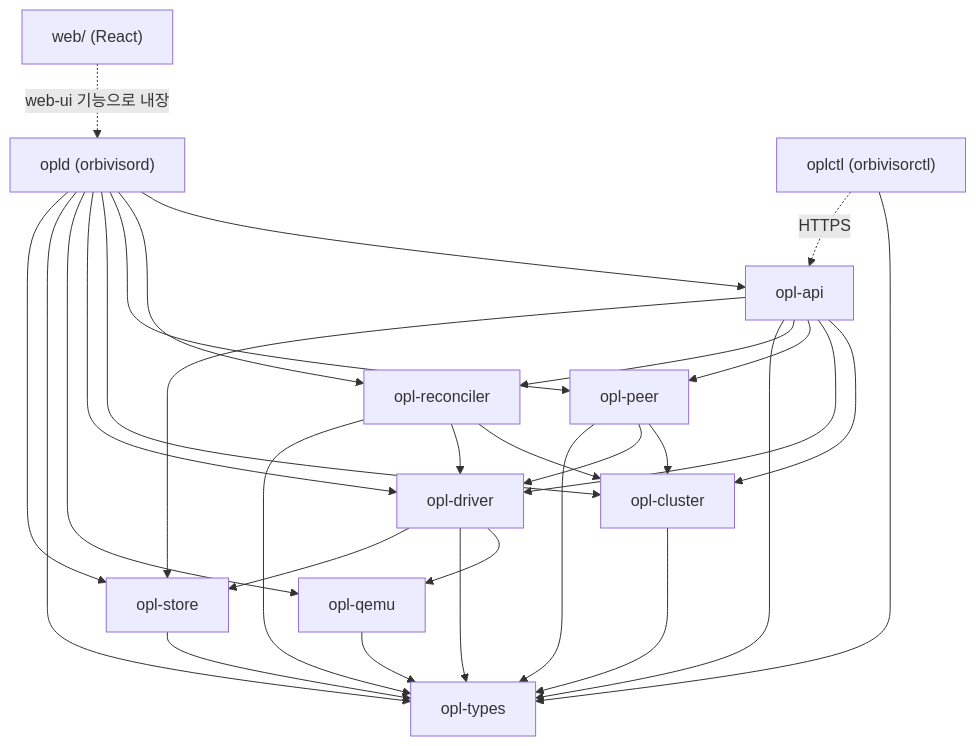
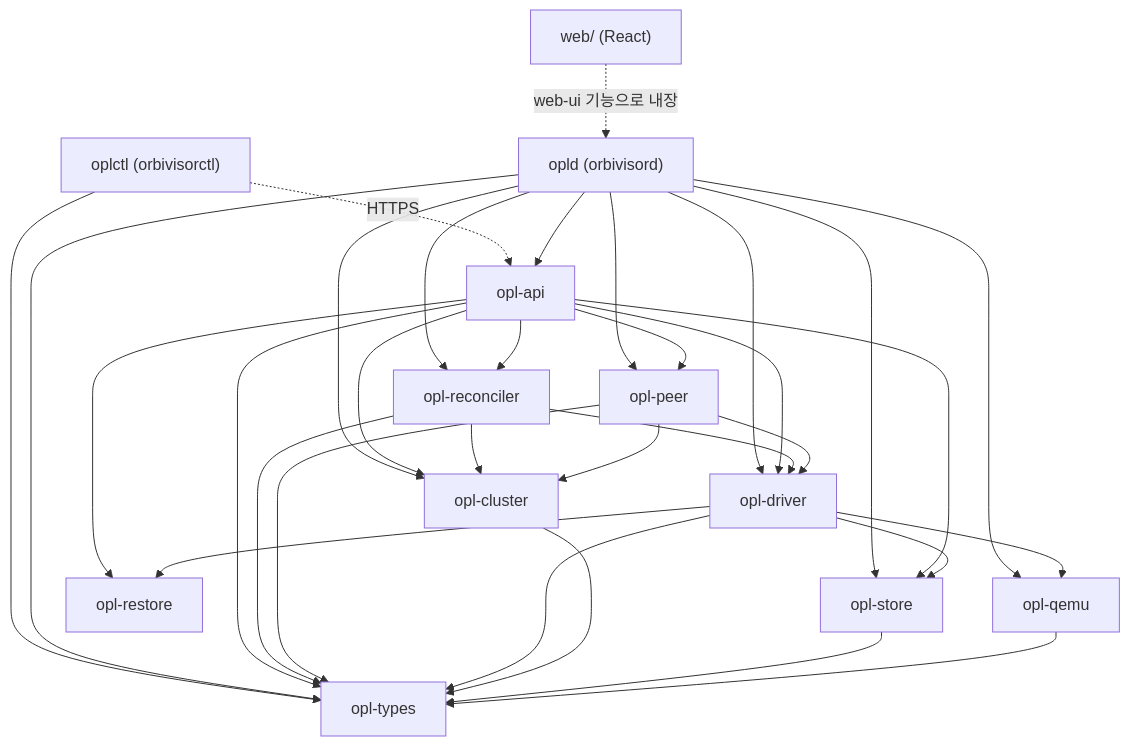
The first of 16 diagrams in docs/architecture.md (gaiger777/opLite), drawn with Mermaid before and after one commit. The commit also changed other lines of this file and 9 other files, not shown here.

````diff
--- a/docs/architecture.md
+++ b/docs/architecture.md
@@ -81,33 +82,36 @@
 ```mermaid
 graph TD
   types[opl-types]
   qemu[opl-qemu] --> types
   store[opl-store] --> types
+  restore[opl-restore]
   cluster[opl-cluster] --> types
   driver[opl-driver] --> qemu
   driver --> types
   driver --> store
+  driver --> restore
   peer[opl-peer] --> cluster
   peer --> driver
   peer --> types
   rec[opl-reconciler] --> cluster
   rec --> driver
   rec --> types
   api[opl-api] --> cluster
   api --> driver
   api --> peer
   api --> rec
   api --> types
   api --> store
+  api --> restore
   opld["opld (orbivisord)"] --> api
   opld --> rec
   opld --> peer
   opld --> cluster
   opld --> driver
   opld --> qemu
   opld --> types
   opld --> store
   ctl["oplctl (orbivisorctl)"] --> types
   web["web/ (React)"] -. "web-ui 기능으로 내장" .-> opld
   ctl -. HTTPS .-> api
 ```
````
